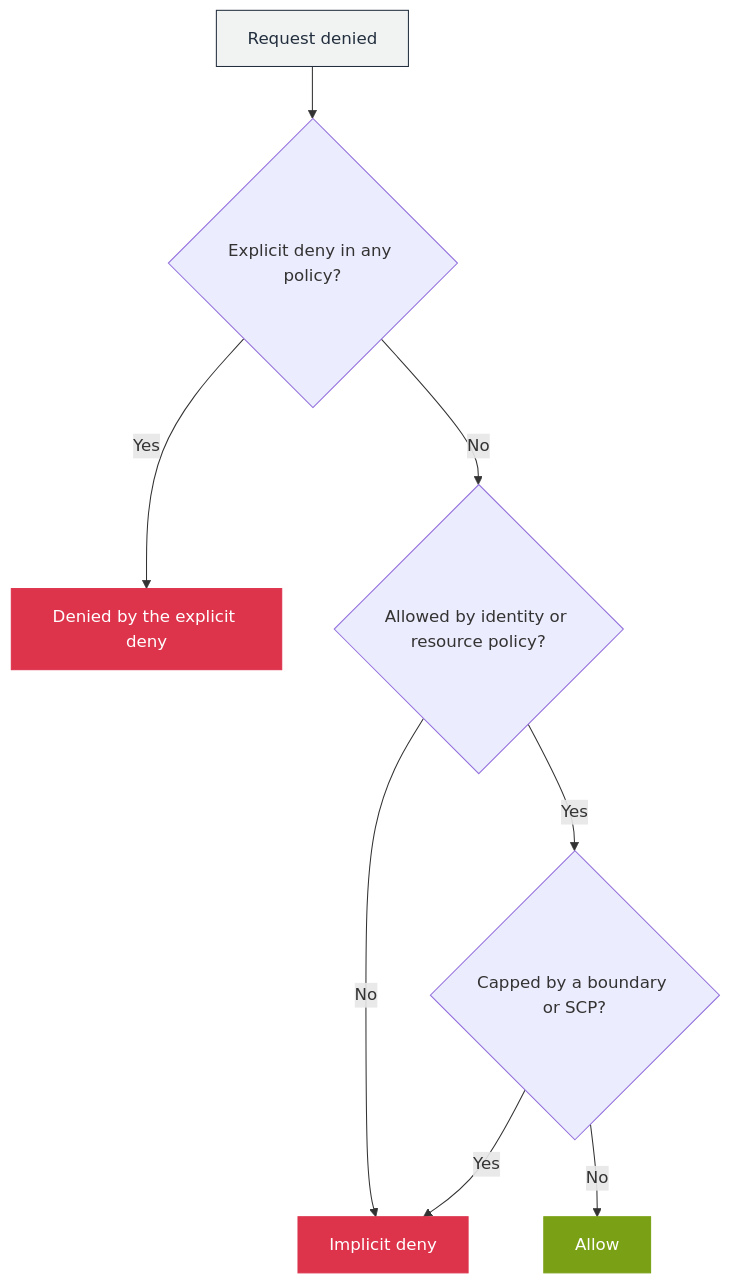
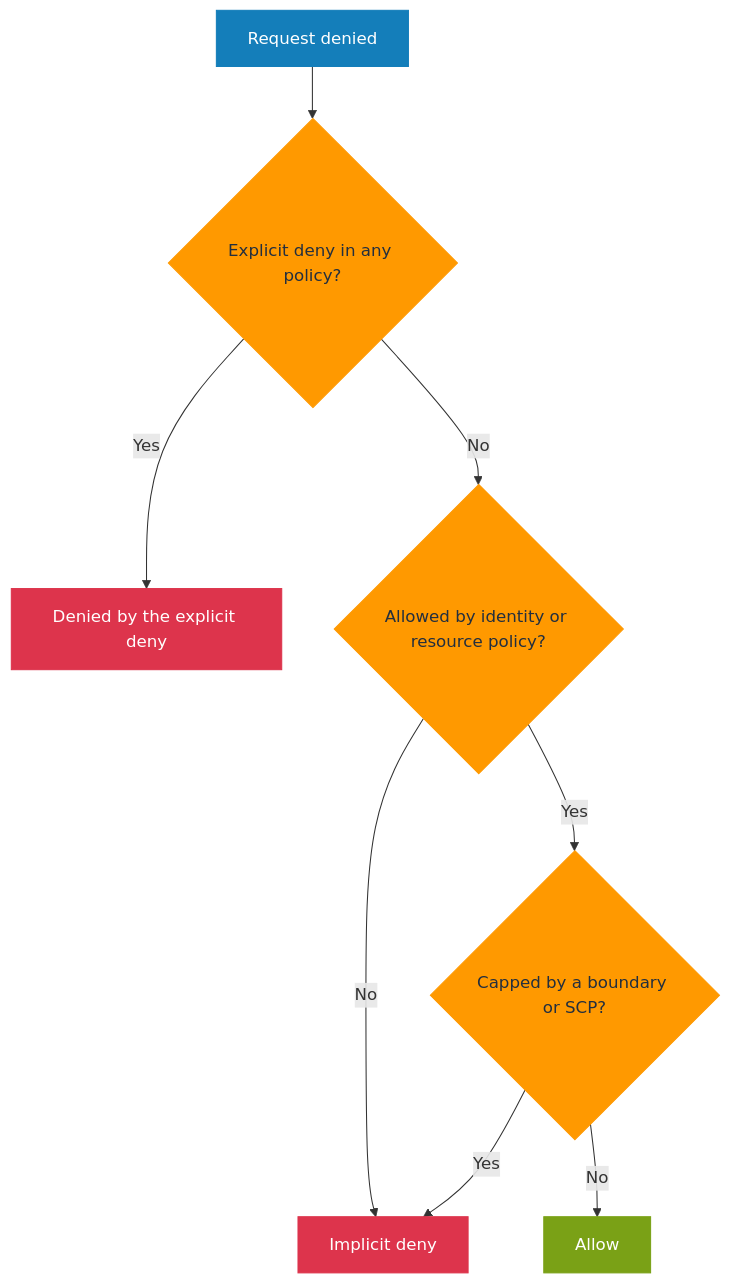
Before and after one commit to GabrielAlmeidaFlores/AWS-CloudOps-Engineer-Associate-Doc: diagram 11 of 17 in AGENTS.md, drawn with Mermaid. The commit also changed other lines of this file and 10 other files, not shown here.

Commit message:
docs: restyle flowchart diagrams with the AWS color palette

````diff
--- a/AGENTS.md
+++ b/AGENTS.md
@@ -2093,16 +2095,18 @@
 ```mermaid
 flowchart TD
     A["Request denied"] --> B{"Explicit deny in any policy?"}
     B -->|Yes| C["Denied by the explicit deny"]
     B -->|No| D{"Allowed by identity or resource policy?"}
     D -->|No| E["Implicit deny"]
     D -->|Yes| F{"Capped by a boundary or SCP?"}
     F -->|Yes| E
     F -->|No| G["Allow"]
-    classDef step fill:#F1F3F3,stroke:#232F3E,color:#232F3E
+    classDef step fill:#147EBA,stroke:#147EBA,color:#ffffff
+    classDef decision fill:#FF9900,stroke:#FF9900,color:#232F3E
     classDef deny fill:#DD344C,stroke:#DD344C,color:#ffffff
     classDef ok fill:#7AA116,stroke:#7AA116,color:#ffffff
     class A step
+    class B,D,F decision
     class C,E deny
     class G ok
 ```
````
